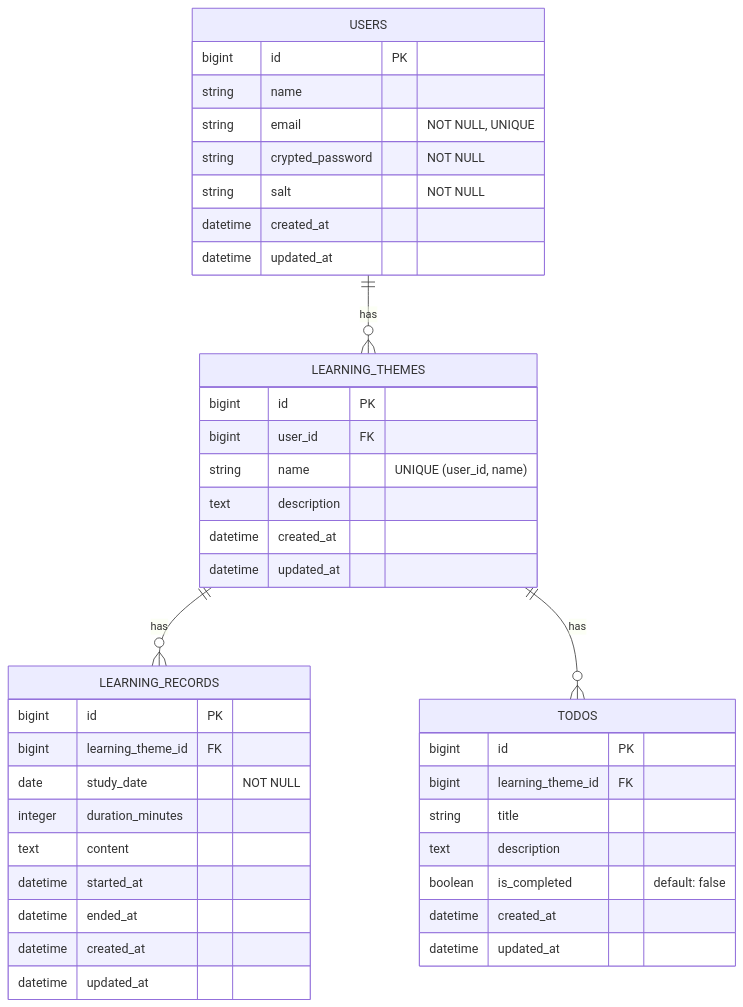
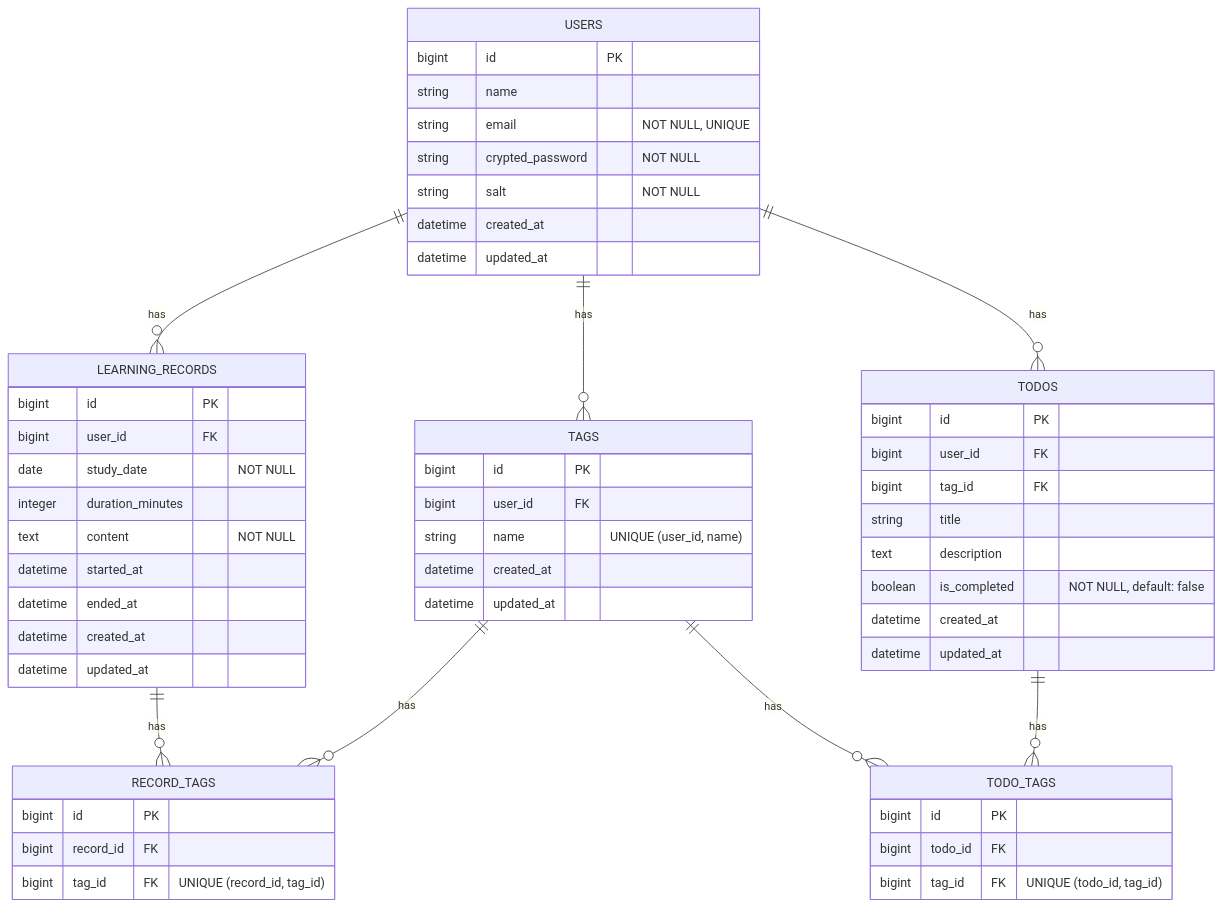
The diagram in docs/er_diagram.md (QynToKey/HowLongWillItLast), drawn with Mermaid before and after one commit. The commit also changed other lines of this file, not shown here.

Commit message:
update: ER図に record_tags と todo_tags を追加

````diff
--- a/docs/er_diagram.md
+++ b/docs/er_diagram.md
@@ -125,48 +102,66 @@
 ```mermaid
 erDiagram
 
     USERS {
         bigint id PK
         string name
         string email "NOT NULL, UNIQUE"
         string crypted_password "NOT NULL"
         string salt "NOT NULL"
         datetime created_at
         datetime updated_at
     }
 
-    LEARNING_THEMES {
+    LEARNING_RECORDS {
         bigint id PK
         bigint user_id FK
-        string name "UNIQUE (user_id, name)"
-        text description
-        datetime created_at
-        datetime updated_at
-    }
-
-    LEARNING_RECORDS {
-        bigint id PK
-        bigint learning_theme_id FK
         date study_date "NOT NULL"
         integer duration_minutes
-        text content
+        text content "NOT NULL"
         datetime started_at
         datetime ended_at
         datetime created_at
         datetime updated_at
     }
 
-    TODOS {
+    TAGS {
         bigint id PK
-        bigint learning_theme_id FK
-        string title
-        text description
-        boolean is_completed "default: false"
+        bigint user_id FK
+        string name "UNIQUE (user_id, name)"
         datetime created_at
         datetime updated_at
     }
 
-    USERS ||--o{ LEARNING_THEMES : has
-    LEARNING_THEMES ||--o{ LEARNING_RECORDS : has
-    LEARNING_THEMES ||--o{ TODOS : has
+    TODOS {
+        bigint id PK
+        bigint user_id FK
+        bigint tag_id FK
+        string title
+        text description
+        boolean is_completed "NOT NULL, default: false"
+        datetime created_at
+        datetime updated_at
+    }
+
+    RECORD_TAGS {
+        bigint id PK
+        bigint record_id FK
+        bigint tag_id FK "UNIQUE (record_id, tag_id)"
+    }
+
+    TODO_TAGS {
+      bigint id PK
+      bigint todo_id FK
+      bigint tag_id FK "UNIQUE (todo_id, tag_id)"
+    }
+
+    USERS ||--o{ LEARNING_RECORDS : has
+    USERS ||--o{ TAGS : has
+    USERS ||--o{ TODOS : has
+
+    LEARNING_RECORDS ||--o{ RECORD_TAGS : has
+    TAGS ||--o{ RECORD_TAGS : has
+
+    TODOS ||--o{ TODO_TAGS : has
+    TAGS ||--o{ TODO_TAGS : has
 ```
````
